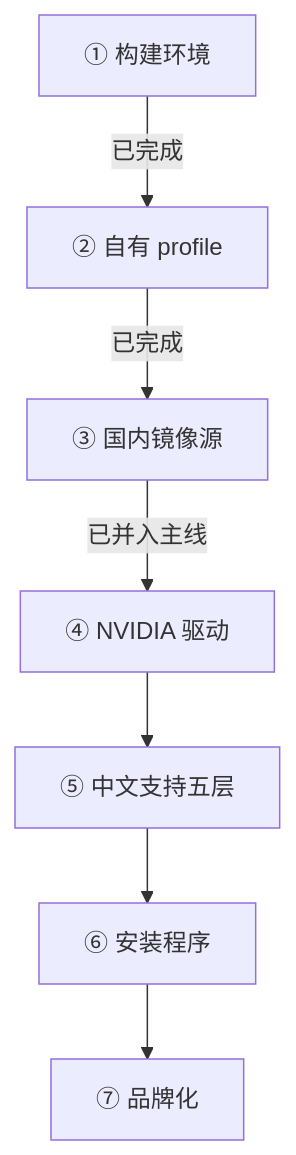
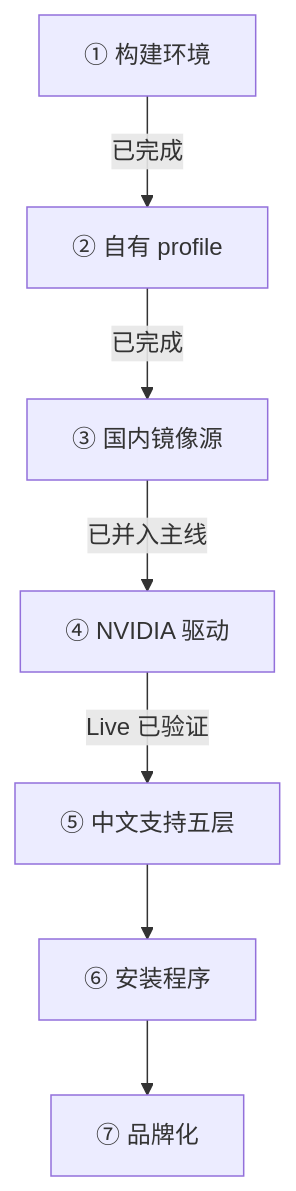
Before and after one commit to MipLinux/.github: the second of 2 diagrams in profile/README.md, drawn with Mermaid. The commit also changed other lines of this file and 1 other file, not shown here.

````diff
--- a/profile/README.md
+++ b/profile/README.md
@@ -104,9 +129,9 @@
 ```mermaid
 flowchart TD
     S1["① 构建环境"] -->|已完成| S2["② 自有 profile"]
     S2 -->|已完成| S3["③ 国内镜像源"]
     S3 -->|已并入主线| S4["④ NVIDIA 驱动"]
-    S4 --> S5["⑤ 中文支持五层"]
+    S4 -->|Live 已验证| S5["⑤ 中文支持五层"]
     S5 --> S6["⑥ 安装程序"]
     S6 --> S7["⑦ 品牌化"]
 ```
````
